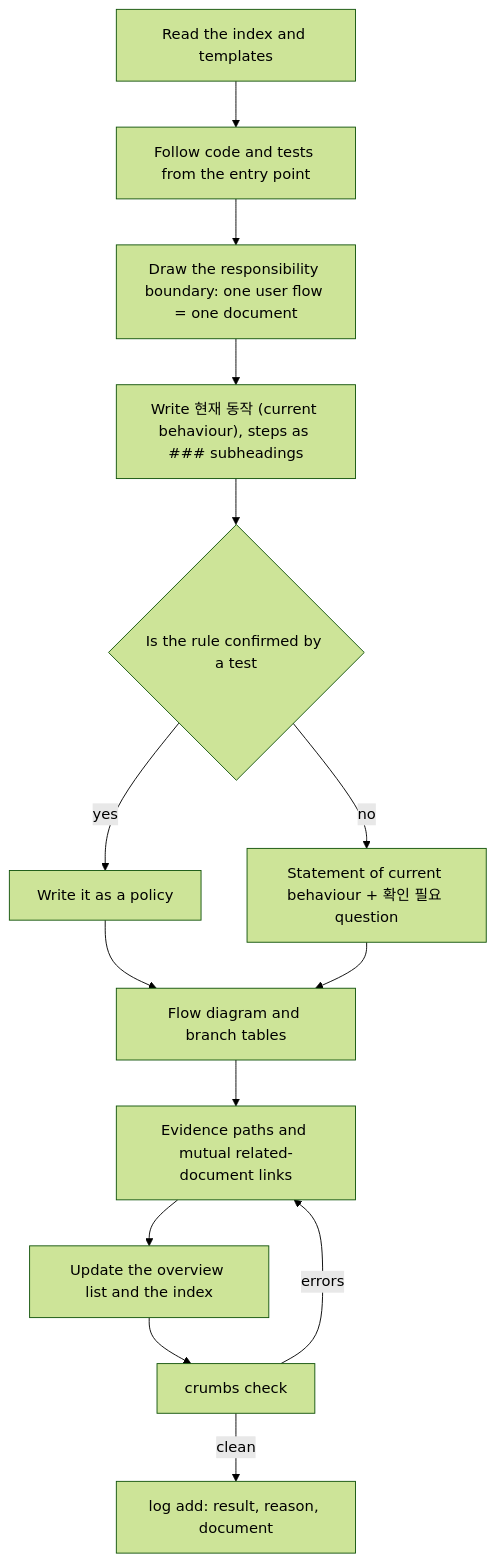
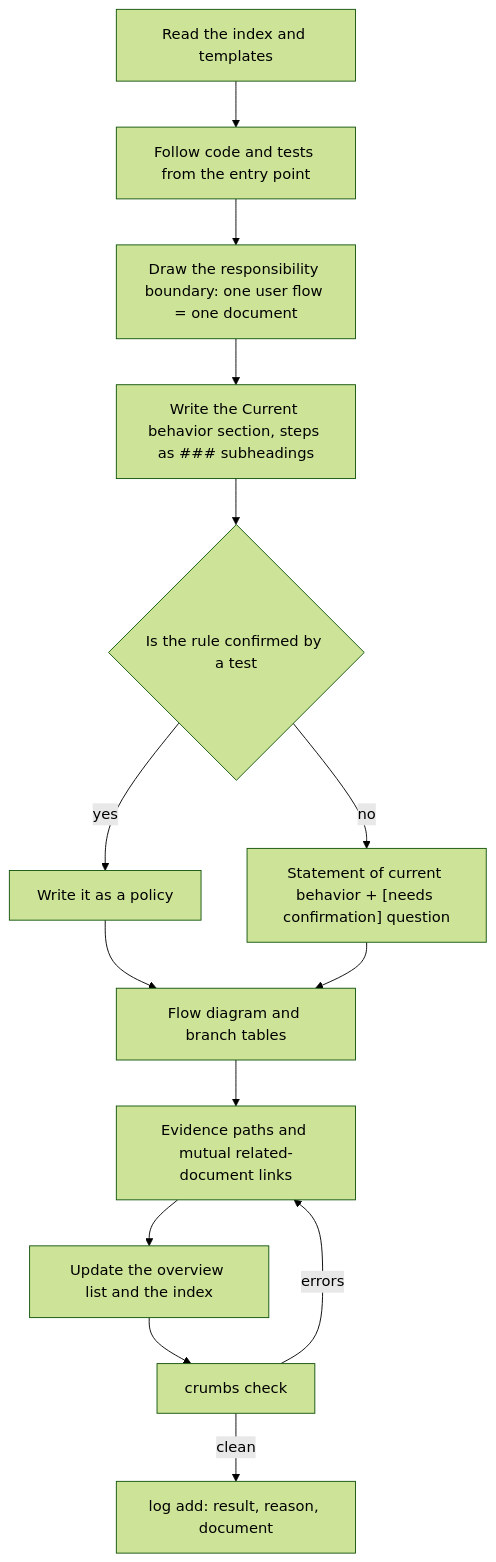
Before and after one commit to Sienna94/crumbs-spec: the diagram in README.md, drawn with Mermaid (forest theme). The commit also changed other lines of this file and 40 other files, not shown here.

````diff
--- a/README.md
+++ b/README.md
@@ -125,16 +135,16 @@
 ```mermaid
 flowchart TD
     A["Read the index and templates"] --> B["Follow code and tests from the entry point"]
     B --> C["Draw the responsibility boundary: one user flow = one document"]
-    C --> D["Write 현재 동작 (current behaviour), steps as ### subheadings"]
+    C --> D["Write the Current behavior section, steps as ### subheadings"]
     D --> E{"Is the rule confirmed by a test"}
     E -->|yes| F["Write it as a policy"]
-    E -->|no| G["Statement of current behaviour + 확인 필요 question"]
+    E -->|no| G["Statement of current behavior + [needs confirmation] question"]
     F --> H["Flow diagram and branch tables"]
     G --> H
     H --> I["Evidence paths and mutual related-document links"]
     I --> J["Update the overview list and the index"]
     J --> K["crumbs check"]
     K -->|errors| I
     K -->|clean| L["log add: result, reason, document"]
 ```
````
